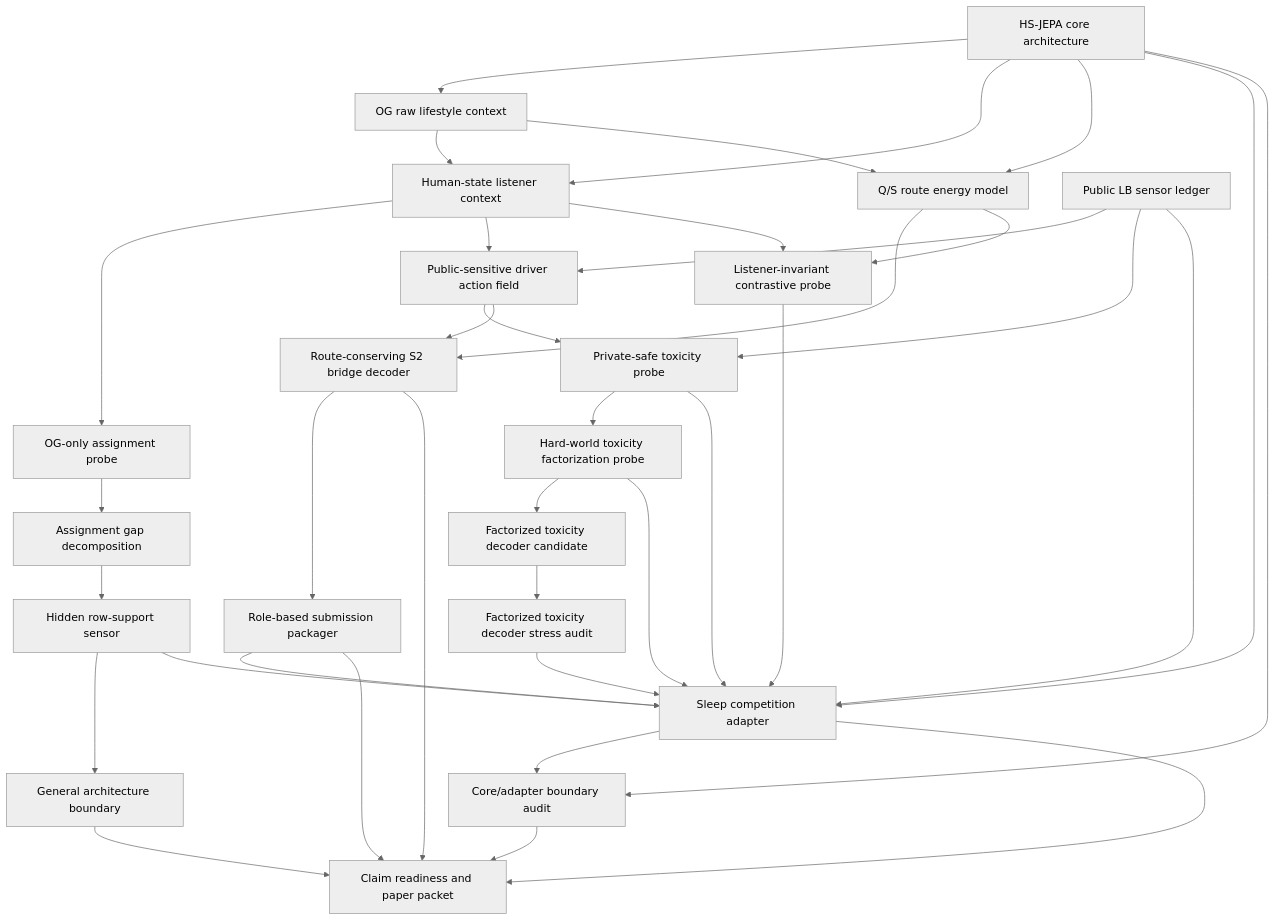
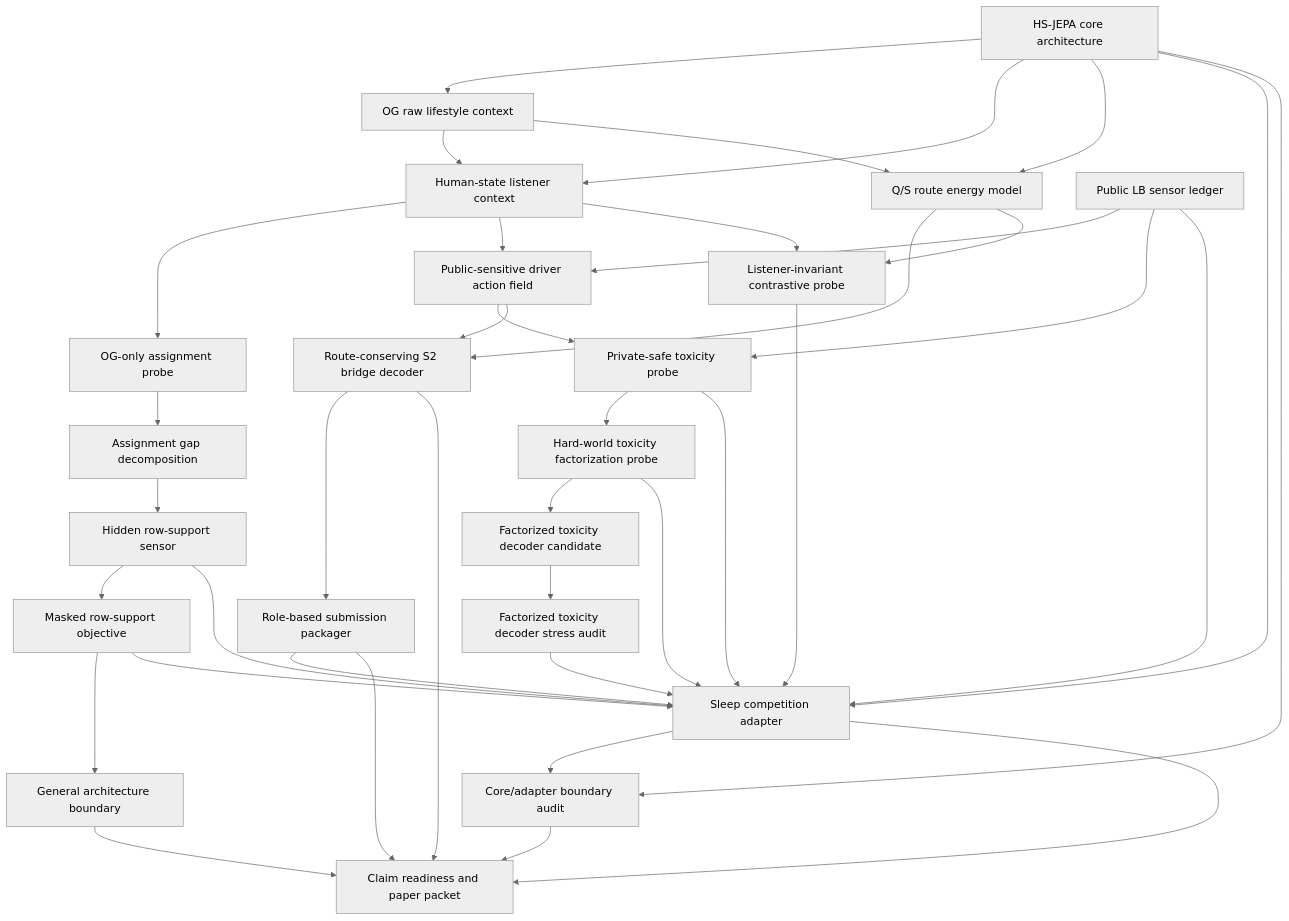
One commit to kbsooo/etri changed the diagram in team_hsjepa_end_to_end/outputs/route_conserving_s2_bridge/hsjepa_pipeline_manifest_ko.md. Above: the diagram before and after it, drawn with Mermaid (neutral theme). The commit also changed other lines of this file and 32 other files, not shown here.

Commit message:
feat(hsjepa): add masked row support objective probe

````diff
--- a/team_hsjepa_end_to_end/outputs/route_conserving_s2_bridge/hsjepa_pipeline_manifest_ko.md
+++ b/team_hsjepa_end_to_end/outputs/route_conserving_s2_bridge/hsjepa_pipeline_manifest_ko.md
@@ -13,39 +13,41 @@
 ```mermaid
 flowchart TD
     CORE["HS-JEPA core architecture"] --> A["OG raw lifestyle context"]
     CORE --> C["Human-state listener context"]
     CORE --> D["Q/S route energy model"]
     A["OG raw lifestyle context"] --> C["Human-state listener context"]
     A --> D["Q/S route energy model"]
     C --> P1["OG-only assignment probe"]
     P1 --> GAP["Assignment gap decomposition"]
     GAP --> RSP["Hidden row-support sensor"]
-    RSP --> GEN["General architecture boundary"]
+    RSP --> MRO["Masked row-support objective"]
+    MRO --> GEN["General architecture boundary"]
     B["Public LB sensor ledger"] --> E["Public-sensitive driver action field"]
     C --> E
     D --> F["Route-conserving S2 bridge decoder"]
     C --> P2["Listener-invariant contrastive probe"]
     D --> P2
     B --> P3["Private-safe toxicity probe"]
     E --> P3
     P3 --> P4["Hard-world toxicity factorization probe"]
     P4 --> P5["Factorized toxicity decoder candidate"]
     P5 --> P6["Factorized toxicity decoder stress audit"]
     E --> F
     F --> G["Role-based submission packager"]
     G --> ADAPT["Sleep competition adapter"]
     CORE --> ADAPT
     B --> ADAPT
     P2 --> ADAPT
     P3 --> ADAPT
     P4 --> ADAPT
     P6 --> ADAPT
     RSP --> ADAPT
+    MRO --> ADAPT
     ADAPT --> BAUD["Core/adapter boundary audit"]
     CORE --> BAUD
     GEN --> H["Claim readiness and paper packet"]
     BAUD --> H
     ADAPT --> H["Claim readiness and paper packet"]
     G --> H["Claim readiness and paper packet"]
     F --> H
 ```
````
